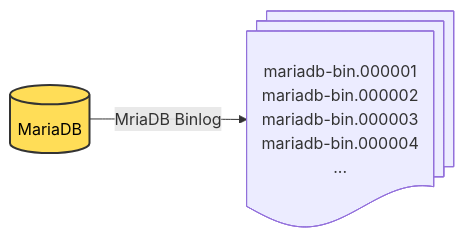
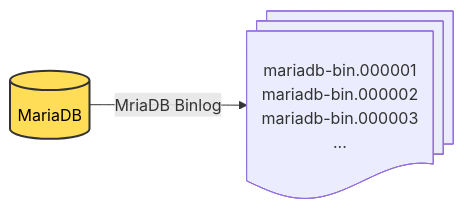
The diagram in content/notes/binlog.md (dinhngocdung/easyengine-notes), drawn with Mermaid before and after one commit.

````diff
--- a/content/notes/binlog.md
+++ b/content/notes/binlog.md
@@ -16,13 +16,12 @@
 ```mermaid {align="left" zoom="true"}
 graph LR
 	DB[(MariaDB)]
 	LOG@{ shape: docs, label: "mariadb-bin.000001
 														mariadb-bin.000002
 														mariadb-bin.000003
-														mariadb-bin.000004
 														..." }
 
 	DB-->|MriaDB Binlog|LOG
 	
 	style DB fill:#FFDD57,stroke:#333,stroke-width:2px,color:#000
 ```
````
